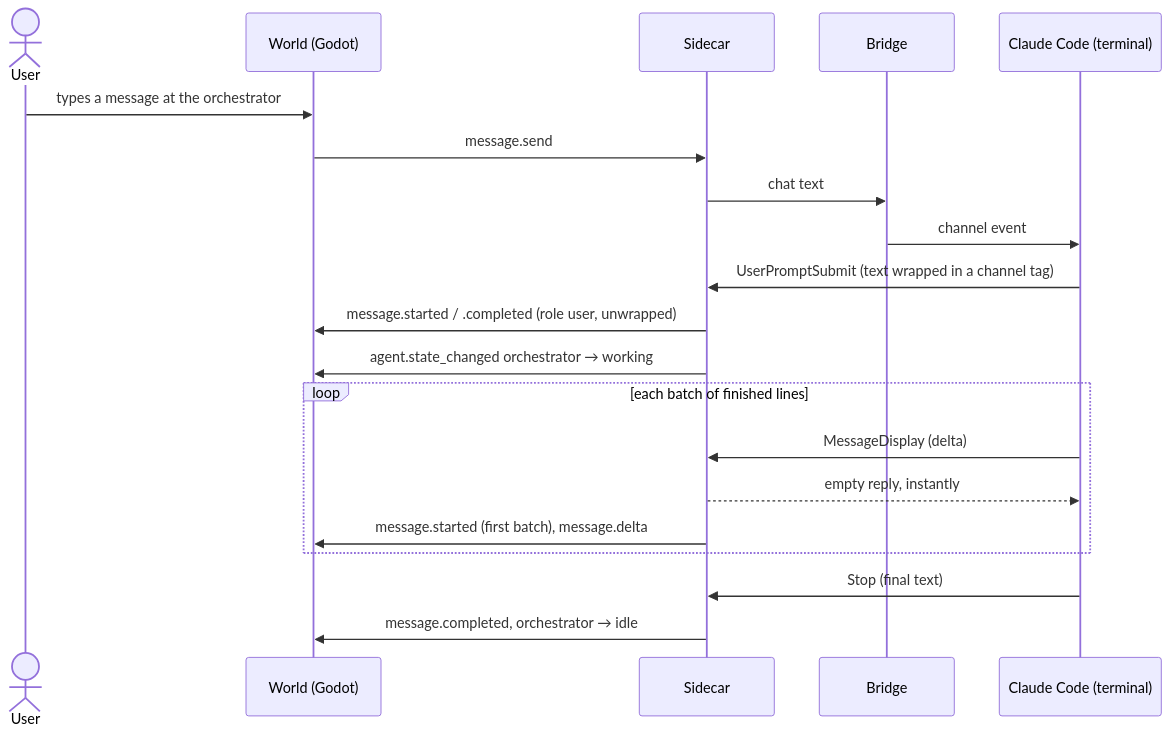
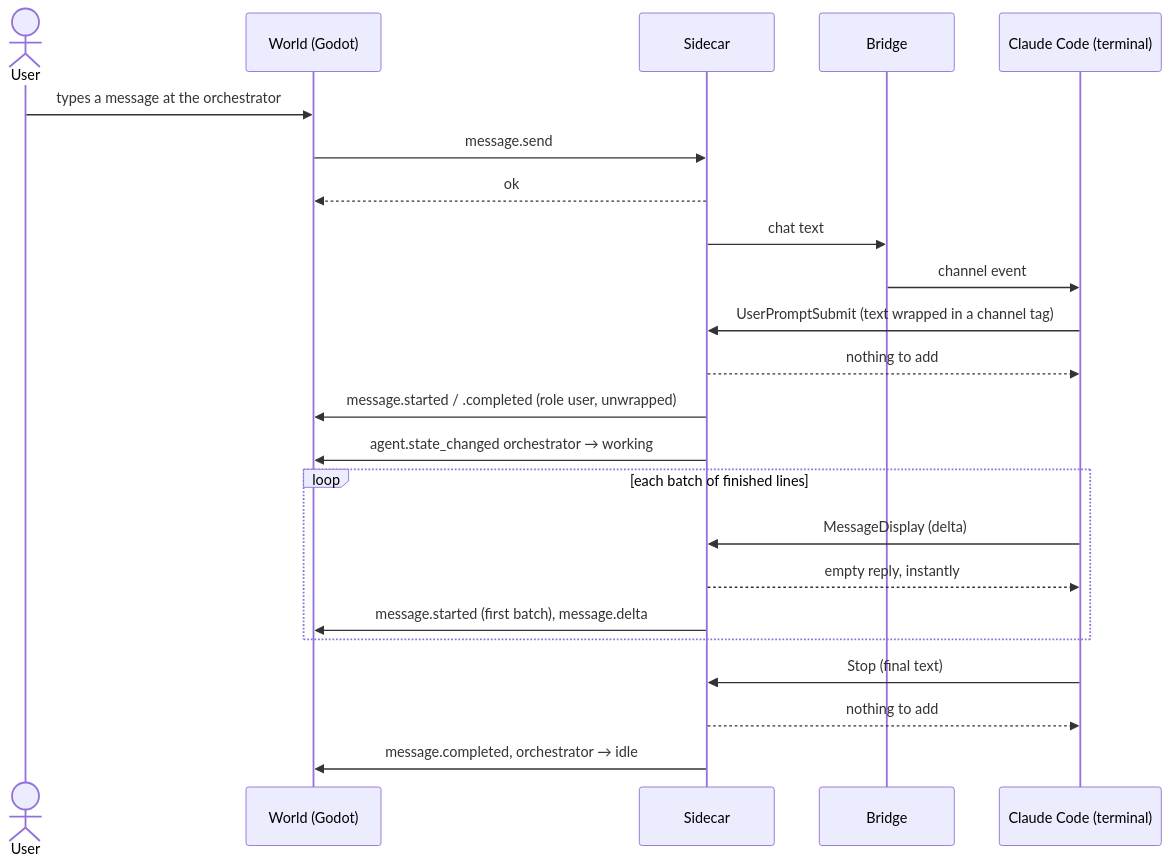
Before and after one commit to PaoloPortugal/The-Beach: the second of 7 diagrams in docs/flows.md, drawn with Mermaid. The commit also changed other lines of this file, not shown here.

Commit message:
Draw every reply in the flow diagrams and add a reading key

````diff
--- a/docs/flows.md
+++ b/docs/flows.md
@@ -50,23 +63,26 @@
 ```mermaid
 sequenceDiagram
     actor User
     participant World as World (Godot)
     participant Sidecar
     participant Bridge
     participant Claude as Claude Code (terminal)
 
     User->>World: types a message at the orchestrator
     World->>Sidecar: message.send
+    Sidecar-->>World: ok
     Sidecar->>Bridge: chat text
     Bridge->>Claude: channel event
     Claude->>Sidecar: UserPromptSubmit (text wrapped in a channel tag)
+    Sidecar-->>Claude: nothing to add
     Sidecar->>World: message.started / .completed (role user, unwrapped)
     Sidecar->>World: agent.state_changed orchestrator → working
     loop each batch of finished lines
         Claude->>Sidecar: MessageDisplay (delta)
         Sidecar-->>Claude: empty reply, instantly
         Sidecar->>World: message.started (first batch), message.delta
     end
     Claude->>Sidecar: Stop (final text)
+    Sidecar-->>Claude: nothing to add
     Sidecar->>World: message.completed, orchestrator → idle
 ```
````
